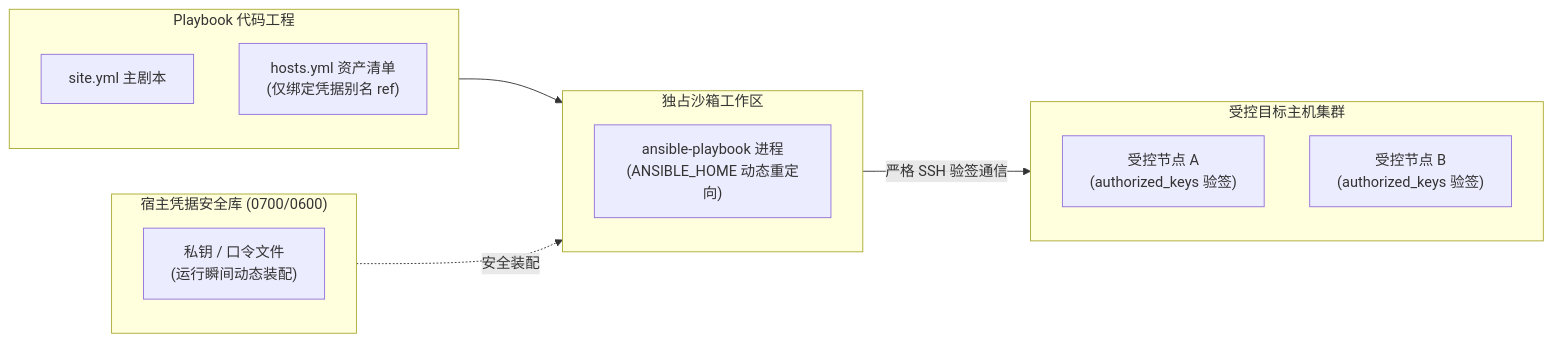
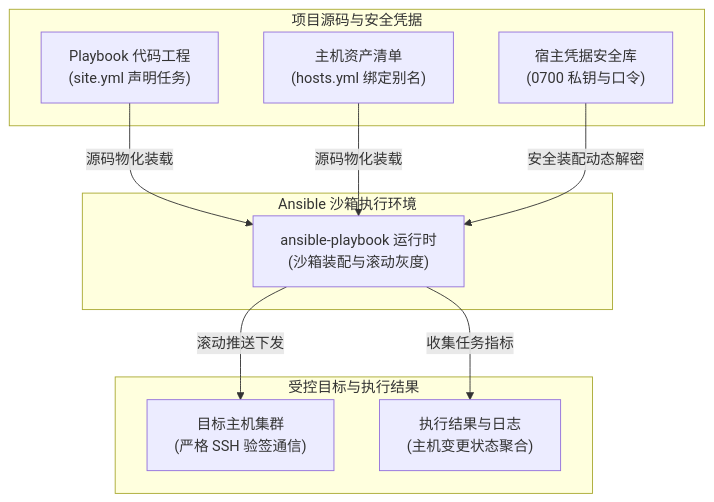
One commit to Duke1616/duke1616.github.io changed the diagram in docs/task/runner/ansible.md. Above: the diagram before and after it, drawn with Mermaid. The commit also changed other lines of this file and 7 other files, not shown here.

Commit message:
docs(task): 重构异构执行引擎体系文档与架构全景图，统称单文件与项目级运行

````diff
--- a/docs/task/runner/ansible.md
+++ b/docs/task/runner/ansible.md
@@ -5,24 +5,22 @@
 ```mermaid
-flowchart LR
-    subgraph Project ["Playbook 代码工程"]
-        Playbook["site.yml 主剧本"]
-        Inv["hosts.yml 资产清单<br/>(仅绑定凭据别名 ref)"]
+flowchart TD
+    subgraph Assets ["项目源码与安全凭据"]
+        Playbook["Playbook 代码工程<br/>(site.yml 声明任务)"]
+        Inventory["主机资产清单<br/>(hosts.yml 绑定别名)"]
+        Vault["宿主凭据安全库<br/>(0700 私钥与口令)"]
     end
 
-    subgraph HostCred ["宿主凭据安全库 (0700/0600)"]
-        Key["私钥 / 口令文件<br/>(运行瞬间动态装配)"]
+    subgraph Sandbox ["Ansible 沙箱执行环境"]
+        Runner["ansible-playbook 运行时<br/>(沙箱装配与滚动灰度)"]
     end
 
-    subgraph Sandbox ["独占沙箱工作区"]
-        Ansible["ansible-playbook 进程<br/>(ANSIBLE_HOME 动态重定向)"]
+    subgraph Targets ["受控目标与执行结果"]
+        Cluster["目标主机集群<br/>(严格 SSH 验签通信)"]
+        Report["执行结果与日志<br/>(主机变更状态聚合)"]
     end
 
-    subgraph Targets ["受控目标主机集群"]
-        NodeA["受控节点 A<br/>(authorized_keys 验签)"]
-        NodeB["受控节点 B<br/>(authorized_keys 验签)"]
-    end
-
-    Project --> Sandbox
-    HostCred -.->|"安全装配"| Sandbox
-    Sandbox -->|"严格 SSH 验签通信"| Targets
+    Playbook & Inventory -->|"源码物化装载"| Runner
+    Vault -->|"安全装配动态解密"| Runner
+    Runner -->|"滚动推送下发"| Cluster
+    Runner -->|"收集任务指标"| Report
 ```
````
